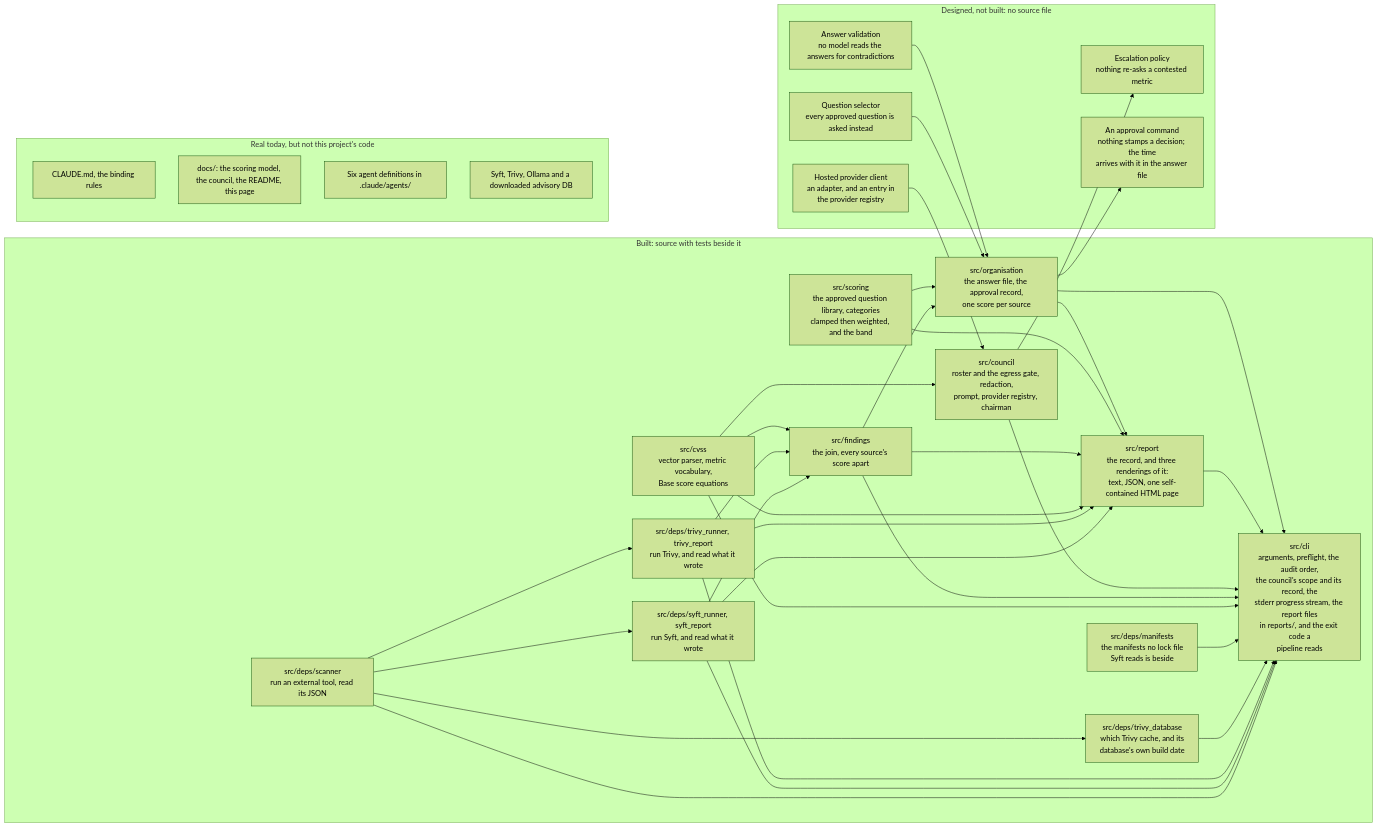
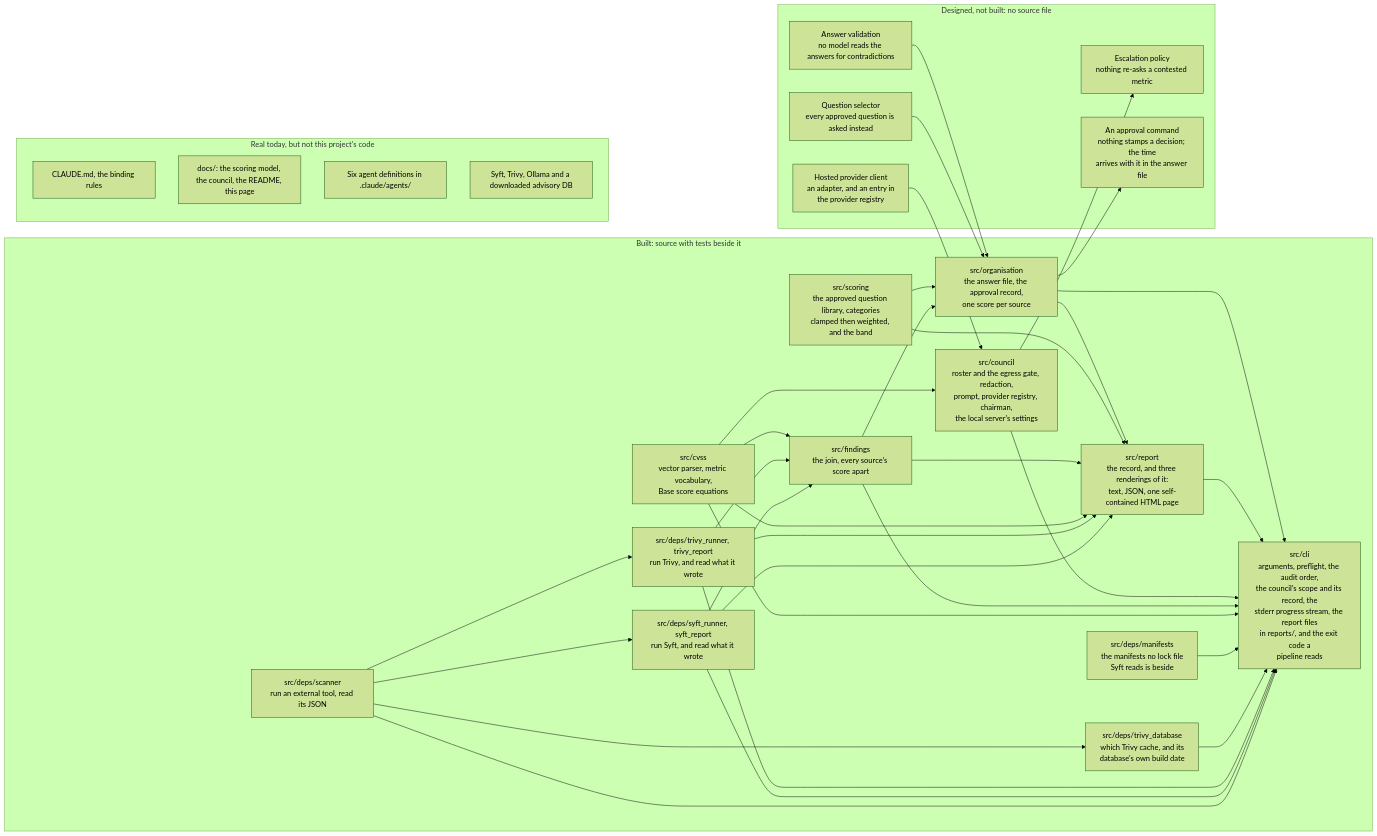
One commit to heinthtnaung/AgenticLLMAppAuditor changed the fifth of 5 diagrams in docs/diagrams.md. Above: the diagram before and after it, drawn with Mermaid (forest theme). The commit also changed other lines of this file and 27 other files, not shown here.

First line of the commit message:
Read the local model server's settings from .env

````diff
--- a/docs/diagrams.md
+++ b/docs/diagrams.md
@@ -494,63 +494,63 @@
 ```mermaid
 flowchart LR
     subgraph BUILT["Built: source with tests beside it"]
         b0["src/deps/scanner<br/>run an external tool, read its JSON"]
         b1["src/deps/syft_runner, syft_report<br/>run Syft, and read what it wrote"]
         b2["src/deps/trivy_runner, trivy_report<br/>run Trivy, and read what it wrote"]
         b3["src/deps/trivy_database<br/>which Trivy cache, and its<br/>database's own build date"]
         b11["src/deps/manifests<br/>the manifests no lock file<br/>Syft reads is beside"]
         b4["src/cvss<br/>vector parser, metric vocabulary,<br/>Base score equations"]
         b5["src/findings<br/>the join, every source's score apart"]
-        b7["src/council<br/>roster and the egress gate, redaction,<br/>prompt, provider registry, chairman"]
+        b7["src/council<br/>roster and the egress gate, redaction,<br/>prompt, provider registry, chairman,<br/>the local server's settings"]
         b8["src/report<br/>the record, and three renderings of it:<br/>text, JSON, one self-contained HTML page"]
         b9["src/cli<br/>arguments, preflight, the audit order,<br/>the council's scope and its record, the<br/>stderr progress stream, the report files<br/>in reports/, and the exit code a<br/>pipeline reads"]
         b6["src/scoring<br/>the approved question library, categories<br/>clamped then weighted, and the band"]
         b10["src/organisation<br/>the answer file, the approval record,<br/>one score per source"]
         b0 --> b1
         b0 --> b2
         b0 --> b3
         b0 --> b9
         b1 --> b5
         b1 --> b8
         b1 --> b9
         b2 --> b5
         b2 --> b8
         b2 --> b9
         b3 --> b9
         b11 --> b9
         b4 --> b5
         b4 --> b7
         b4 --> b8
         b4 --> b9
         b5 --> b8
         b5 --> b9
         b5 --> b10
         b6 --> b8
         b6 --> b10
         b7 --> b9
         b8 --> b9
         b10 --> b8
         b10 --> b9
     end
 
     subgraph UNBUILT["Designed, not built: no source file"]
         d2["Question selector<br/>every approved question is asked instead"]
         d3["Answer validation<br/>no model reads the answers for contradictions"]
         d6["Hosted provider client<br/>an adapter, and an entry in<br/>the provider registry"]
         d11["Escalation policy<br/>nothing re-asks a contested metric"]
         d12["An approval command<br/>nothing stamps a decision; the time<br/>arrives with it in the answer file"]
     end
 
     d6 --> b7
     b7 --> d11
     d2 --> b10
     d3 --> b10
     b10 --> d12
 
     subgraph REAL["Real today, but not this project's code"]
         x1["CLAUDE.md, the binding rules"]
         x2["docs/: the scoring model, the council, the README, this page"]
         x3["Six agent definitions in .claude/agents/"]
         x4["Syft, Trivy, Ollama and a downloaded advisory DB"]
     end
 ```
````
